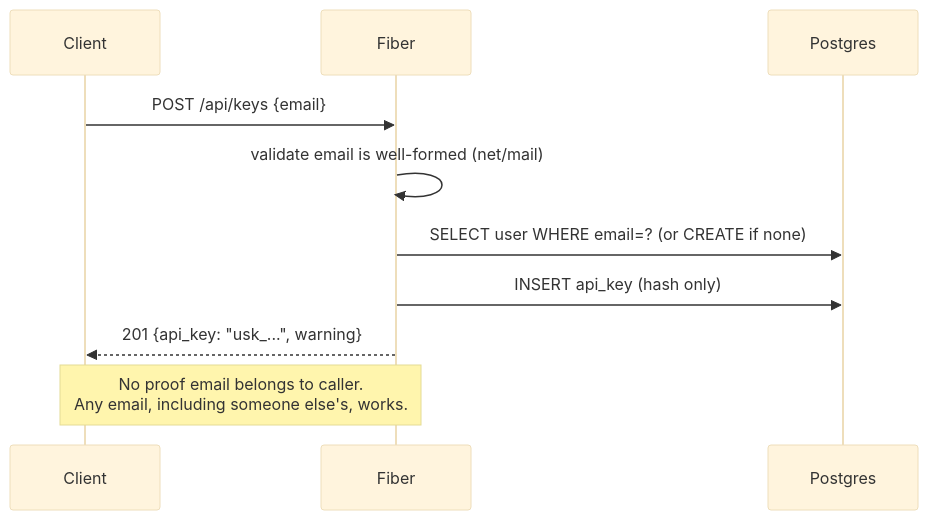
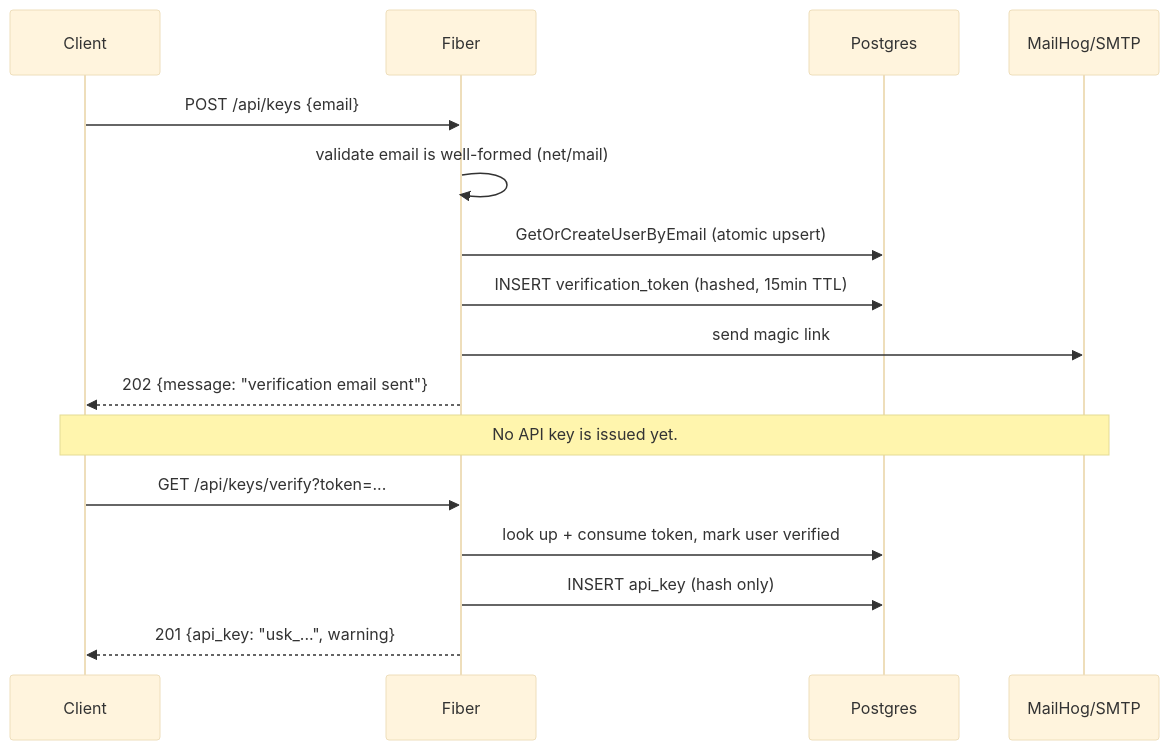
The fifth of 7 diagrams in docs/system-design/02-high-level-design.md (secretJod/Url-Shortner), drawn with Mermaid (base theme) before and after one commit. The commit also changed other lines of this file and 17 other files, not shown here.

````diff
--- a/docs/system-design/02-high-level-design.md
+++ b/docs/system-design/02-high-level-design.md
@@ -106,12 +116,18 @@
 ```mermaid
 sequenceDiagram
     participant C as Client
     participant API as Fiber
     participant PG as Postgres
+    participant Mail as MailHog/SMTP
     C->>API: POST /api/keys {email}
     API->>API: validate email is well-formed (net/mail)
-    API->>PG: SELECT user WHERE email=? (or CREATE if none)
+    API->>PG: GetOrCreateUserByEmail (atomic upsert)
+    API->>PG: INSERT verification_token (hashed, 15min TTL)
+    API->>Mail: send magic link
+    API-->>C: 202 {message: "verification email sent"}
+    Note over C,Mail: No API key is issued yet.
+    C->>API: GET /api/keys/verify?token=...
+    API->>PG: look up + consume token, mark user verified
     API->>PG: INSERT api_key (hash only)
     API-->>C: 201 {api_key: "usk_...", warning}
-    Note over C,API: No proof email belongs to caller.<br/>Any email, including someone else's, works.
 ```
````
